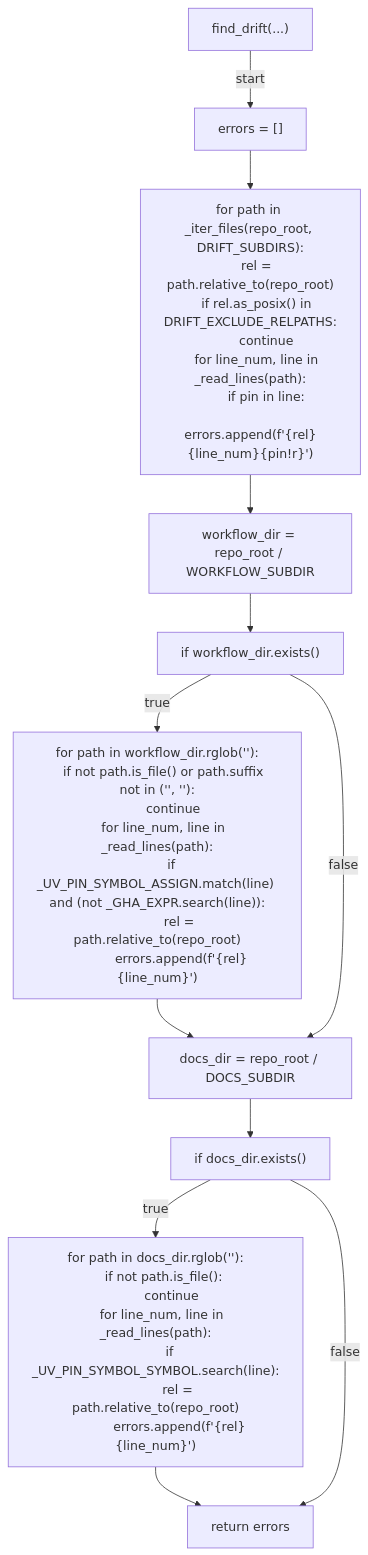
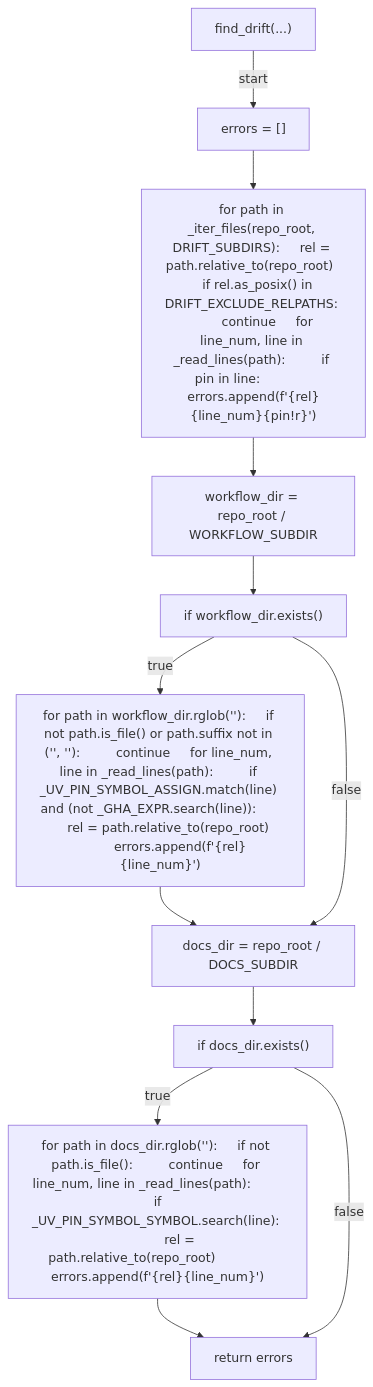
The second of 9 diagrams in docs/generated/scripts/ast/uv_pin.md (tvna/claude-md), drawn with Mermaid before and after one commit. The commit also changed other lines of this file and 15 other files, not shown here.

First line of the commit message:
docs(generated): regenerate decision tree and workflow diagrams (batch 5/5)

````diff
--- a/docs/generated/scripts/ast/uv_pin.md
+++ b/docs/generated/scripts/ast/uv_pin.md
@@ -41,42 +40,24 @@
 ```mermaid
 flowchart TD
     N001["find_drift(...)"]
     N002["errors = []"]
-    N003["for path in _iter_files(repo_root, DRIFT_SUBDIRS):
-    rel = path.relative_to(repo_root)
-    if rel.as_posix() in DRIFT_EXCLUDE_RELPATHS:
-        continue
-    for line_num, line in _read_lines(path):
-        if pin in line:
-            errors.append(f'{rel}<str>{line_num}<str>{pin!r}<str>')"]
+    N003["for path in _iter_files(repo_root, DRIFT_SUBDIRS):     rel = path.relative_to(repo_root)     if rel.as_posix() in DRIFT_EXCLUDE_RELPATHS:         continue     for line_num, line in _read_lines(path):         if pin in line:             errors.append(f'{rel}<str>{line_num}<str>{pin!r}<str>')"]
     N004["workflow_dir = repo_root / WORKFLOW_SUBDIR"]
     N005["if workflow_dir.exists()"]
-    N006["for path in workflow_dir.rglob('<str>'):
-    if not path.is_file() or path.suffix not in ('<str>', '<str>'):
-        continue
-    for line_num, line in _read_lines(path):
-        if _UV_PIN_SYMBOL_ASSIGN.match(line) and (not _GHA_EXPR.search(line)):
-            rel = path.relative_to(repo_root)
-            errors.append(f'{rel}<str>{line_num}<str>')"]
+    N006["for path in workflow_dir.rglob('<str>'):     if not path.is_file() or path.suffix not in ('<str>', '<str>'):         continue     for line_num, line in _read_lines(path):         if _UV_PIN_SYMBOL_ASSIGN.match(line) and (not _GHA_EXPR.search(line)):             rel = path.relative_to(repo_root)             errors.append(f'{rel}<str>{line_num}<str>')"]
     N007["docs_dir = repo_root / DOCS_SUBDIR"]
     N008["if docs_dir.exists()"]
-    N009["for path in docs_dir.rglob('<str>'):
-    if not path.is_file():
-        continue
-    for line_num, line in _read_lines(path):
-        if _UV_PIN_SYMBOL_SYMBOL.search(line):
-            rel = path.relative_to(repo_root)
-            errors.append(f'{rel}<str>{line_num}<str>')"]
+    N009["for path in docs_dir.rglob('<str>'):     if not path.is_file():         continue     for line_num, line in _read_lines(path):         if _UV_PIN_SYMBOL_SYMBOL.search(line):             rel = path.relative_to(repo_root)             errors.append(f'{rel}<str>{line_num}<str>')"]
     N010["return errors"]
     N001 -->|"start"| N002
     N002 --> N003
     N003 --> N004
     N004 --> N005
     N005 -->|"true"| N006
     N006 --> N007
     N005 -->|"false"| N007
     N007 --> N008
     N008 -->|"true"| N009
     N009 --> N010
     N008 -->|"false"| N010
 ```
````
